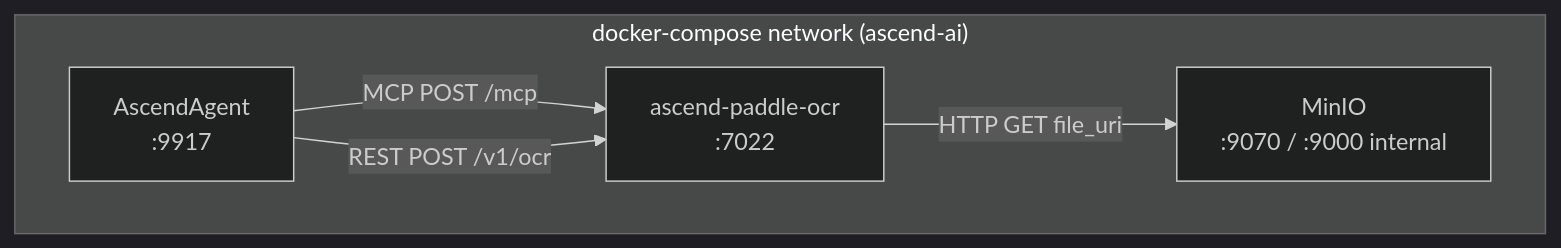
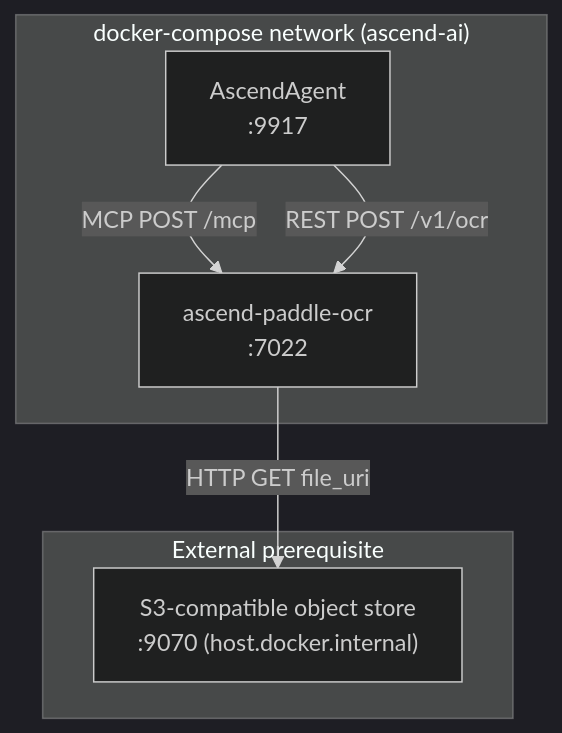
One commit to Lukk17/AscendAI changed the diagram in PaddleOCR/docs/architecture/arc42/07-deployment-view.md. Above: the diagram before and after it, drawn with Mermaid (dark theme). The commit also changed other lines of this file and 207 other files, not shown here.

First line of the commit message:
feat(storage): replace MinIO with Floci as the local object store

````diff
--- a/PaddleOCR/docs/architecture/arc42/07-deployment-view.md
+++ b/PaddleOCR/docs/architecture/arc42/07-deployment-view.md
@@ -10,12 +10,15 @@
 ```mermaid
 graph TB
     subgraph "docker-compose network (ascend-ai)"
         Agent["AscendAgent<br/>:9917"]
         PaddleOCR["ascend-paddle-ocr<br/>:7022"]
-        MinIO["MinIO<br/>:9070 / :9000 internal"]
+    end
+
+    subgraph "External prerequisite"
+        ObjectStore["S3-compatible object store<br/>:9070 (host.docker.internal)"]
     end
 
     Agent -->|"MCP POST /mcp"| PaddleOCR
     Agent -->|"REST POST /v1/ocr"| PaddleOCR
-    PaddleOCR -->|"HTTP GET file_uri"| MinIO
+    PaddleOCR -->|"HTTP GET file_uri"| ObjectStore
 ```
````
